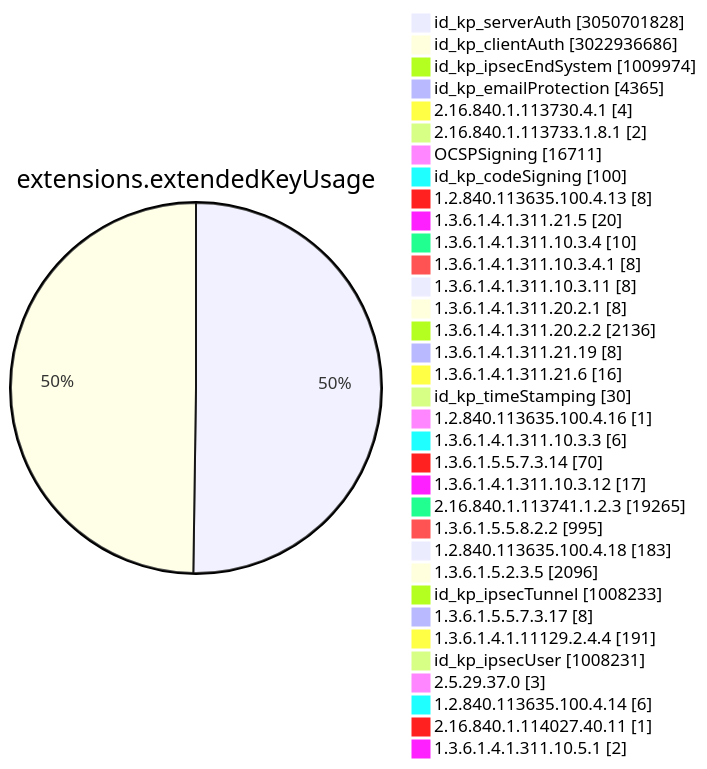
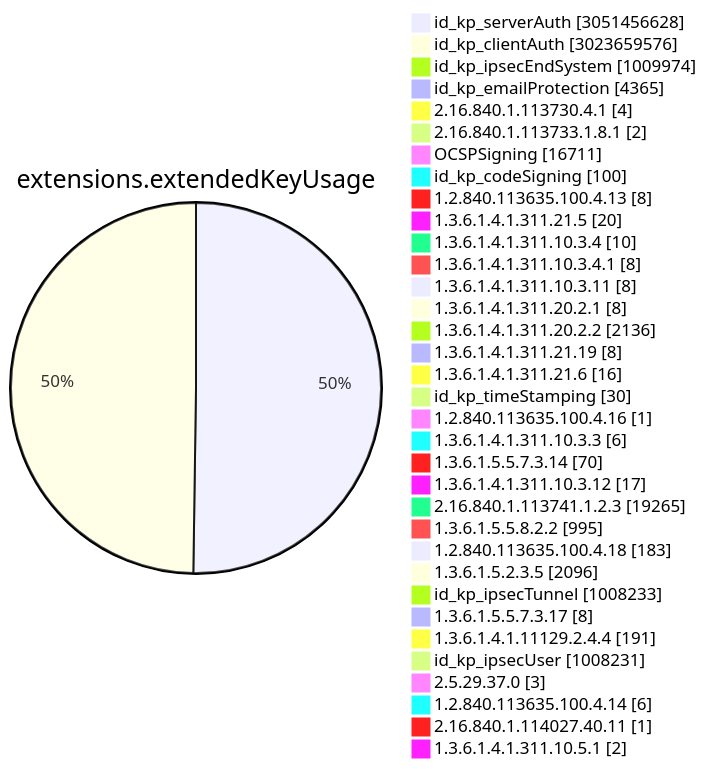
One commit to christiankrug/ctmonitor_visualization changed diagram 11 of 15 in TOTAL/README.md. Above: the diagram before and after it, drawn with Mermaid. The commit also changed other lines of this file, not shown here.

````diff
--- a/TOTAL/README.md
+++ b/TOTAL/README.md
@@ -4117,38 +4117,38 @@
 ```mermaid
 pie showData
 title extensions.extendedKeyUsage
-"id_kp_serverAuth" :3050701828
-"id_kp_clientAuth" :3022936686
+"id_kp_serverAuth" :3051456628
+"id_kp_clientAuth" :3023659576
 "id_kp_ipsecEndSystem" :1009974
 "id_kp_emailProtection" :4365
 "2.16.840.1.113730.4.1" :4
 "2.16.840.1.113733.1.8.1" :2
 "OCSPSigning" :16711
 "id_kp_codeSigning" :100
 "1.2.840.113635.100.4.13" :8
 "1.3.6.1.4.1.311.21.5" :20
 "1.3.6.1.4.1.311.10.3.4" :10
 "1.3.6.1.4.1.311.10.3.4.1" :8
 "1.3.6.1.4.1.311.10.3.11" :8
 "1.3.6.1.4.1.311.20.2.1" :8
 "1.3.6.1.4.1.311.20.2.2" :2136
 "1.3.6.1.4.1.311.21.19" :8
 "1.3.6.1.4.1.311.21.6" :16
 "id_kp_timeStamping" :30
 "1.2.840.113635.100.4.16" :1
 "1.3.6.1.4.1.311.10.3.3" :6
 "1.3.6.1.5.5.7.3.14" :70
 "1.3.6.1.4.1.311.10.3.12" :17
 "2.16.840.1.113741.1.2.3" :19265
 "1.3.6.1.5.5.8.2.2" :995
 "1.2.840.113635.100.4.18" :183
 "1.3.6.1.5.2.3.5" :2096
 "id_kp_ipsecTunnel" :1008233
 "1.3.6.1.5.5.7.3.17" :8
 "1.3.6.1.4.1.11129.2.4.4" :191
 "id_kp_ipsecUser" :1008231
 "2.5.29.37.0" :3
 "1.2.840.113635.100.4.14" :6
 "2.16.840.1.114027.40.11" :1
 "1.3.6.1.4.1.311.10.5.1" :2
 ```
````
